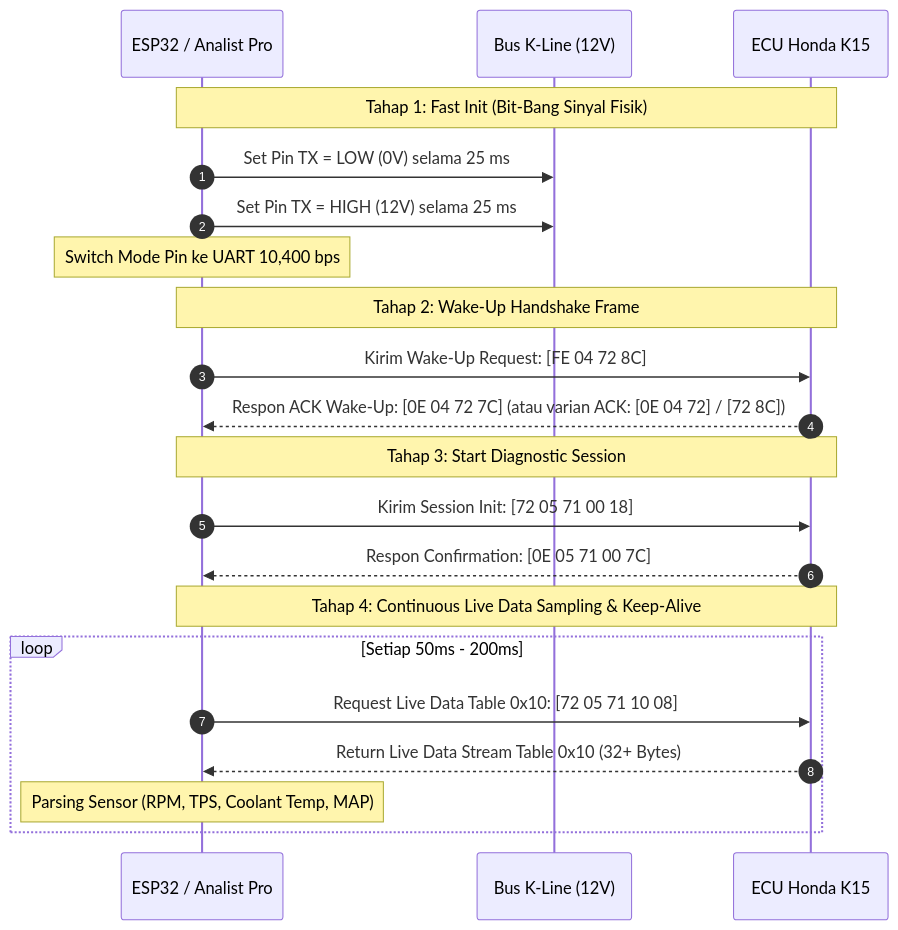
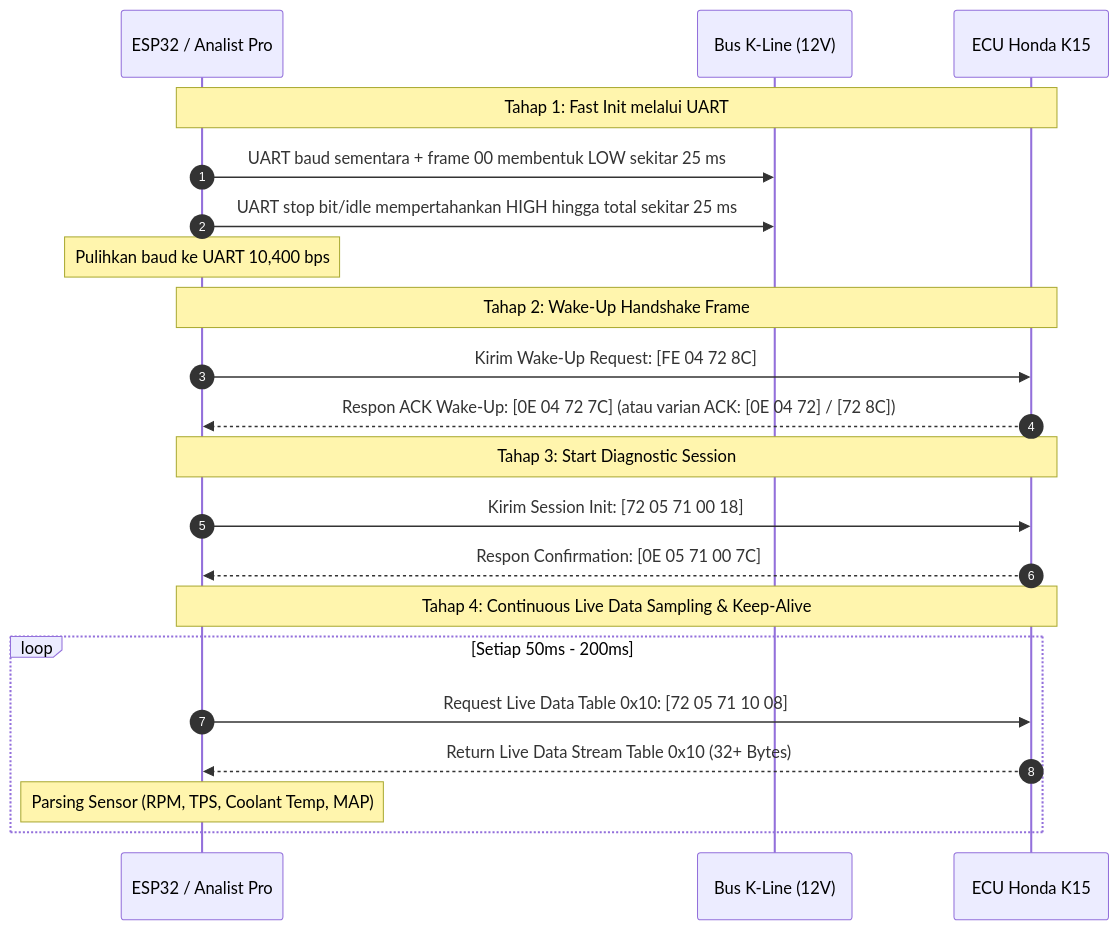
Before and after one commit to Carusuin/tiny_ml_MCU: the diagram in HONDA_K15_KLINE_PROTOCOL.md, drawn with Mermaid. The commit also changed other lines of this file and 3 other files, not shown here.

Commit message:
GPIO mode to UART noise problem

````diff
--- a/HONDA_K15_KLINE_PROTOCOL.md
+++ b/HONDA_K15_KLINE_PROTOCOL.md
@@ -21,27 +21,27 @@
 ```mermaid
 sequenceDiagram
     autonumber
     participant ESP32 as ESP32 / Analist Pro
     participant KLine as Bus K-Line (12V)
     participant ECU as ECU Honda K15
 
-    Note over ESP32,ECU: Tahap 1: Fast Init (Bit-Bang Sinyal Fisik)
-    ESP32->>KLine: Set Pin TX = LOW (0V) selama 25 ms
-    ESP32->>KLine: Set Pin TX = HIGH (12V) selama 25 ms
-    Note over ESP32: Switch Mode Pin ke UART 10,400 bps
+    Note over ESP32,ECU: Tahap 1: Fast Init melalui UART
+    ESP32->>KLine: UART baud sementara + frame 00 membentuk LOW sekitar 25 ms
+    ESP32->>KLine: UART stop bit/idle mempertahankan HIGH hingga total sekitar 25 ms
+    Note over ESP32: Pulihkan baud ke UART 10,400 bps
 
     Note over ESP32,ECU: Tahap 2: Wake-Up Handshake Frame
     ESP32->>ECU: Kirim Wake-Up Request: [FE 04 72 8C]
     ECU-->>ESP32: Respon ACK Wake-Up: [0E 04 72 7C] (atau varian ACK: [0E 04 72] / [72 8C])
 
     Note over ESP32,ECU: Tahap 3: Start Diagnostic Session
     ESP32->>ECU: Kirim Session Init: [72 05 71 00 18]
     ECU-->>ESP32: Respon Confirmation: [0E 05 71 00 7C]
 
     Note over ESP32,ECU: Tahap 4: Continuous Live Data Sampling & Keep-Alive
     loop Setiap 50ms - 200ms
         ESP32->>ECU: Request Live Data Table 0x10: [72 05 71 10 08]
         ECU-->>ESP32: Return Live Data Stream Table 0x10 (32+ Bytes)
         Note over ESP32: Parsing Sensor (RPM, TPS, Coolant Temp, MAP)
     end
 ```
````
